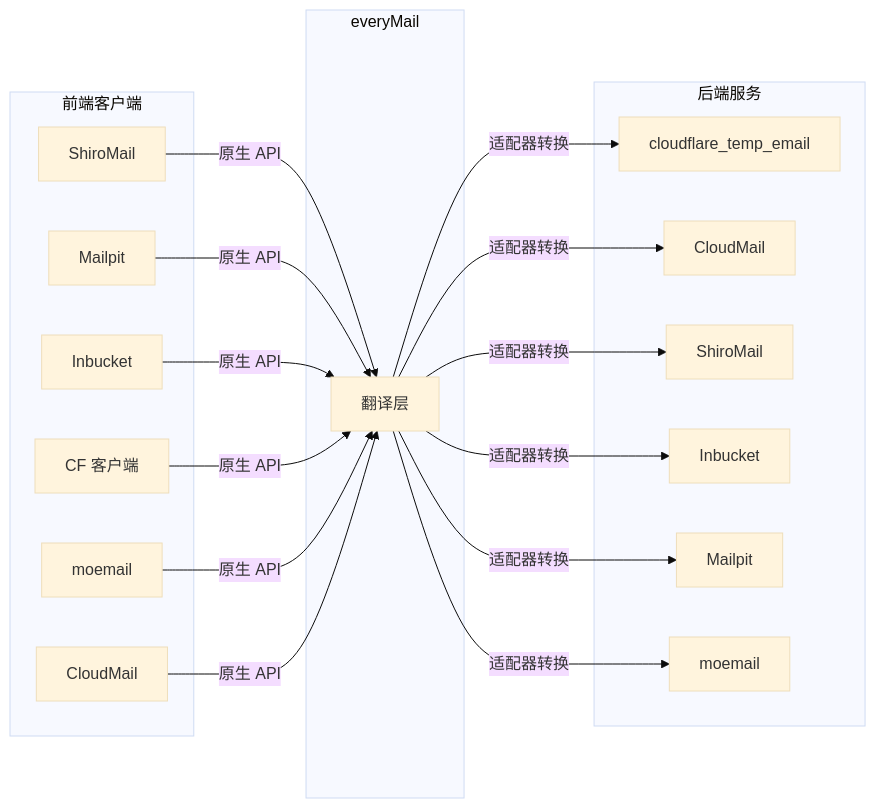
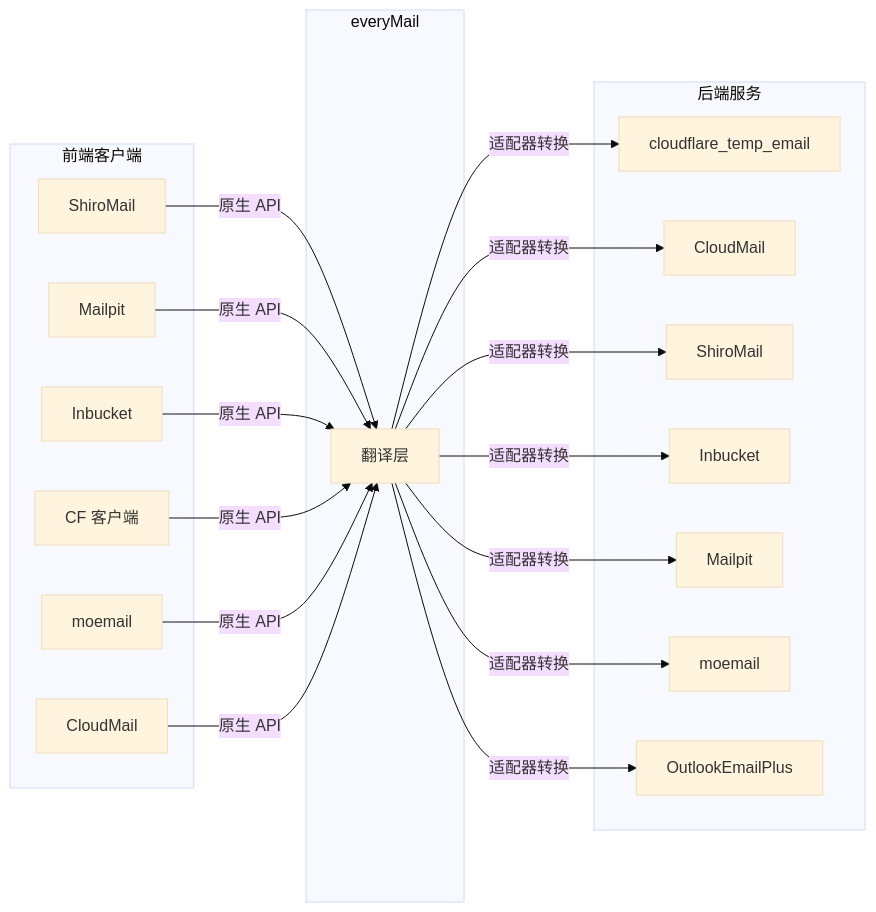
One commit to WangChuDi/everyMail changed the first of 3 diagrams in README.md. Above: the diagram before and after it, drawn with Mermaid (base theme). The commit also changed other lines of this file and 2 other files, not shown here.

First line of the commit message:
docs: document OutlookEmailPlus backend configuration

````diff
--- a/README.md
+++ b/README.md
@@ -11,27 +11,28 @@
 ```mermaid
 graph LR
     subgraph 前端客户端
         A[ShiroMail]
         B[Mailpit]
         C[Inbucket]
         D[CF 客户端]
         E[moemail]
         F[CloudMail]
     end
 
     subgraph everyMail
         G[翻译层]
     end
 
     subgraph 后端服务
         H[cloudflare_temp_email]
         I[CloudMail]
         J[ShiroMail]
         K[Inbucket]
         L[Mailpit]
         M[moemail]
+        N[OutlookEmailPlus]
     end
 
     A & B & C & D & E & F -->|原生 API| G
-    G -->|适配器转换| H & I & J & K & L & M
+    G -->|适配器转换| H & I & J & K & L & M & N
 ```
````
